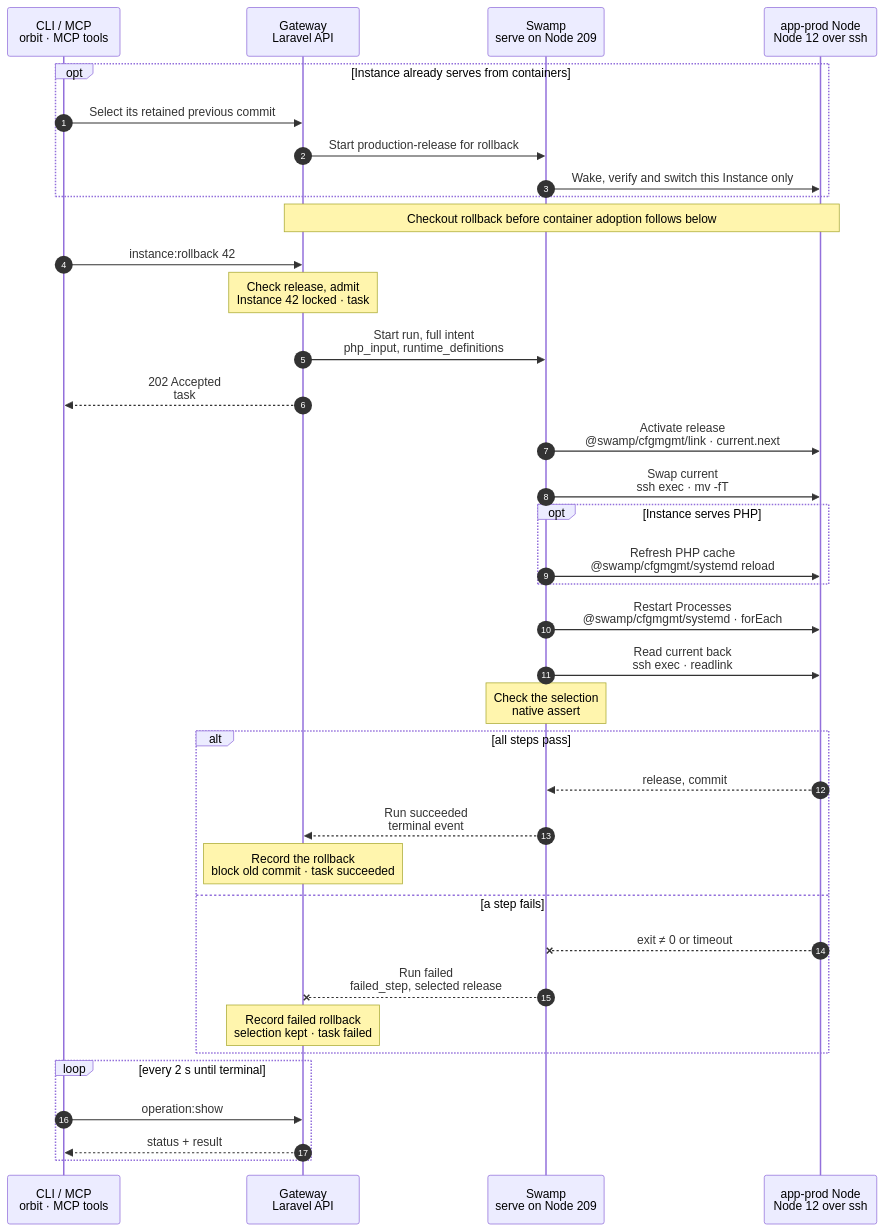
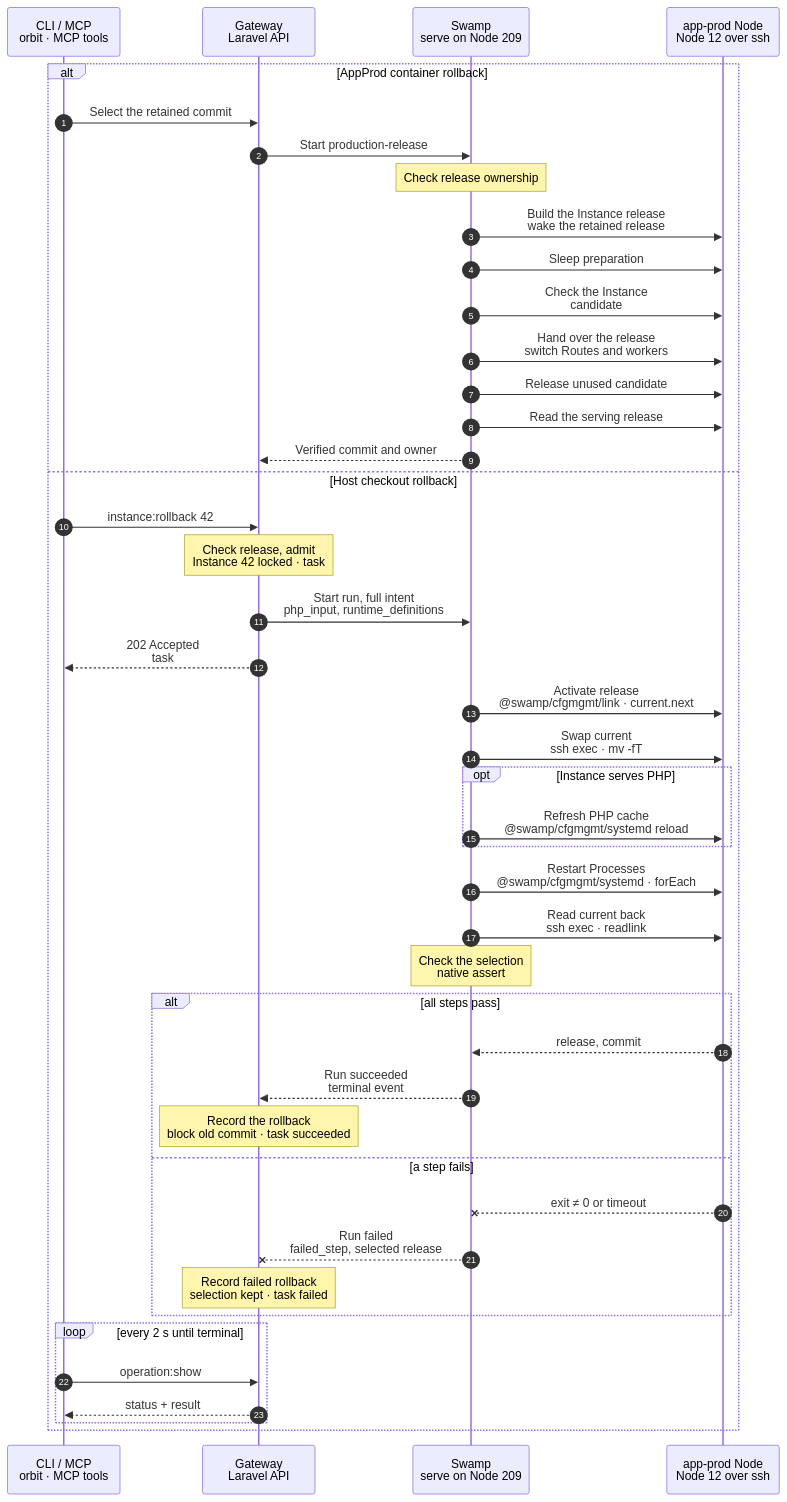
Before and after one commit to hardimpactdev/orbit: the diagram in docs/cli/instance/rollback.mmd, drawn with Mermaid. The commit also changed 9 other files, not shown here.

Commit message:
Align production charts with shared, retained and legacy workflows

```diff
--- a/docs/cli/instance/rollback.mmd
+++ b/docs/cli/instance/rollback.mmd
@@ -1,140 +1,146 @@
 sequenceDiagram
   %% Target design: ADR 0244 task + full intent as inputs, single-swamp-node; DECISIONS 4 / R1-R4 (process.stop shape), round 2 (admit instead of refuse; php_input and runtime_definitions as inputs), 3 (rollback removes the auto-deploy schedule); rule 7 (reload over restart, restart_on_deploy only). docs/reference/deployments.md#roll-back.
   %% Tightened: flow-tighten 2026-11-02, rules 5, 16, 22 (no release read: the Gateway records retained releases and holds the Instance lock; cfgmgmt link/systemd).
   %% status: migrated
   %% command: instance:rollback
   %% kind: instance.rollback
   autonumber
   %% lane CLI icon=terminal pill=caller tone=gray
   %% lane GW icon=gateway pill=intent tone=blue
   %% lane SW icon=workflow pill=executes tone=green
   %% lane N icon=server pill=target tone=amber
   participant CLI as CLI / MCP<br/>orbit · MCP tools
   participant GW as Gateway<br/>Laravel API
   participant SW as Swamp<br/>serve on Node 209
   participant N as app-prod Node<br/>Node 12 over ssh
-  opt Instance already serves from containers
-    CLI->>GW: Select its retained previous commit
-    GW->>SW: Start production-release for rollback
-    SW->>N: Wake, verify and switch this Instance only
-    %%> Full flow: /cli/instance/container/rollback-production
-  end
-  Note over GW,N: Checkout rollback before container adoption follows below
+  alt AppProd container rollback
+    CLI->>GW: Select the retained commit
+    GW->>SW: Start production-release
+    Note over SW: Check release ownership
+    SW->>N: Build the Instance release<br/>wake the retained release
+    SW->>N: Sleep preparation
+    SW->>N: Check the Instance<br/>candidate
+    SW->>N: Hand over the release<br/>switch Routes and workers
+    SW->>N: Release unused candidate
+    SW->>N: Read the serving release
+    SW-->>GW: Verified commit and owner
+  else Host checkout rollback
   CLI->>GW: instance:rollback 42
   %%> Command:
   %%> - `orbit instance:rollback 42 --release=20261030T101500Z`
   %%> - syntax: `<instance> --release=NAME [--idempotency-key=KEY] [--json]`
   %%> Input:
   %%> - the Instance, and one retained release name from `instance:release:list 42`
   %%> Who can call it:
   %%> - the `orbit` CLI and the MCP tool send the same request
   %%> Required input:
   %%> - `--release=NAME` is mandatory; omission returns `deployment.release_required` before admission
   Note over GW: Check release, admit<br/>Instance 42 locked · task #5151
   %%> Requirements:
   %%> - your Node has an access grant to Node 12
   %%> - Instance 42 is a production Instance; else `deployment_config.unavailable`
   %%> - Instance 42 retains release `20261030T101500Z`; else `rollback.release_not_retained` and nothing changes
   %%> - no started operation holds Instance 42; else `operation.target_busy`
   %%> Wins over:
   %%> - a deploy that no worker has started; it ends `cancelled` with `operation.superseded`
   %%> Freezes:
   %%> - `php_input`: the PHP runtime and pool of Instance 42
   %%> - `runtime_definitions`: its Process and Schedule definitions
   %%> - the account `orbit-app-7` and its home
   %%> Result:
   %%> - deployment 89 recorded as a running rollback; task #5151 recorded with the full intent
   %%> - automatic deployment pauses, and its schedule is removed
   GW->>SW: Start run, full intent<br/>php_input, runtime_definitions
   %%> What it does:
   %%> - starts one run of `operation-instance-rollback` on Swamp serve (Node 209); every step runs there
   %%> Inputs:
   %%> - Node 12's address and SSH host keys; the SSH identity comes from the `swamp` role
   %%> - the release name, `php_input` and `runtime_definitions`
   %%> Not included:
   %%> - no GitHub token and no `.env`: a rollback fetches nothing and writes no environment
   %%> Budget:
   %%> - 900 s
   GW-->>CLI: 202 Accepted<br/>task #5151
   %%> What you get:
   %%> - the task number, at once
   %%> Next:
   %%> - the CLI follows the task until it ends
   SW->>N: Activate release<br/>@swamp/cfgmgmt/link · current.next
   %%> How:
   %%> - Swamp reaches Node 12 over `@swamp/ssh` from 209 with `@swamp/cfgmgmt/link`; nothing is copied to the Node
   %%> Why no read first:
   %%> - the Gateway's retained-release records come from deploy results, and Instance 42's lock keeps a deploy's cleanup from removing the release meanwhile
   %%> What it does:
   %%> - adds each served application's missing `.env` link in the release
   %%> - writes `current.next`, owned by `orbit-app-7`, pointing at `releases/20261030T101500Z`
   %%> When a link fails:
   %%> - `current.next` is not written, and `current` keeps the old release
   SW->>N: Swap current<br/>ssh exec · mv -fT
   %%> What it does:
   %%> - renames `current.next` over `current` with one atomic rename, so `current` always exists
   %%> - the link keeps its owner
   %%> Cancel:
   %%> - a cancel before this step stops the rollback; after it, the rollback finishes
   opt Instance serves PHP
     SW->>N: Refresh PHP cache<br/>@swamp/cfgmgmt/systemd reload
     %%> What it does:
     %%> - converges the dedicated PHP-FPM pool from `php_input`
     %%> - reloads it gracefully, so running requests finish; then resets OPcache and waits for it
     %%> When a restart is needed:
     %%> - only when the pool's runtime itself differs, such as the PHP version
   end
   SW->>N: Restart Processes<br/>@swamp/cfgmgmt/systemd · forEach
   %%> What it does:
   %%> - installs `runtime_definitions`, in the `process.create` and `schedule.create` shape
   %%> - for each running Process with `restart_on_deploy`: reload when the Process allows it, else restart
   %%> Not included:
   %%> - Processes without `restart_on_deploy`, and stopped Processes, stay as they are
   %%> - no deploy step, no Git fetch, no database change
   SW->>N: Read current back<br/>ssh exec · readlink
   %%> What it does:
   %%> - reads the live `current` link on Node 12
   Note over SW: Check the selection<br/>native assert
   %%> What it does:
   %%> - checks the link read back is `releases/20261030T101500Z`
   %%> - each restarted Process was checked by its own restart
   alt all steps pass
     N-->>SW: release, commit
     %%> Returns:
     %%> - the selected release, its commit, and the restarted Processes
     SW-->>GW: Run succeeded<br/>terminal event
     %%> How the Gateway learns it:
     %%> - its shared run reader sees the terminal event; Swamp never calls the Gateway
     Note over GW: Record the rollback<br/>block old commit · task succeeded
     %%> Result:
     %%> - deployment 89 succeeds with the release and its commit
     %%> - the commit it moved away from is blocked for automatic deploys
     %%> - automatic deployment stays paused until `instance:auto-deploy:enable 42`
     %%> - task #5151 succeeds
   else a step fails
     N--xSW: exit ≠ 0 or timeout
     %%> When:
     %%> - the release is gone, a check or reload fails, SSH fails, or 900 s run out
     SW--xGW: Run failed<br/>failed_step, selected release
     %%> The Gateway reads:
     %%> - which step failed and its error code
     %%> - which release `current` selects now
     Note over GW: Record failed rollback<br/>selection kept · task failed
     %%> Result:
     %%> - deployment 89 is marked failed; task #5151 fails
     %%> - the old commit is still blocked, and automatic deployment stays paused
     %%> On the Node:
     %%> - a failure before activation keeps the old selection
     %%> - a failure after it keeps the rollback release selected
     %%> - Orbit restores no data; you own application recovery
     %%> Retry:
     %%> - run the same command again after a fix; it is a new task and safe to repeat
   end
   loop every 2 s until terminal
     CLI->>GW: operation:show #5151
     %%> What it does:
     %%> - asks for the task's status until it has ended
     GW-->>CLI: status + result
     %%> Returns:
     %%> - the current status, and the result once the task has ended
   end
+  end
```
